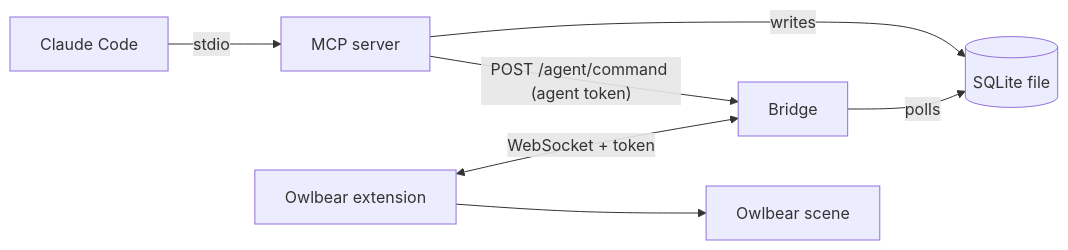
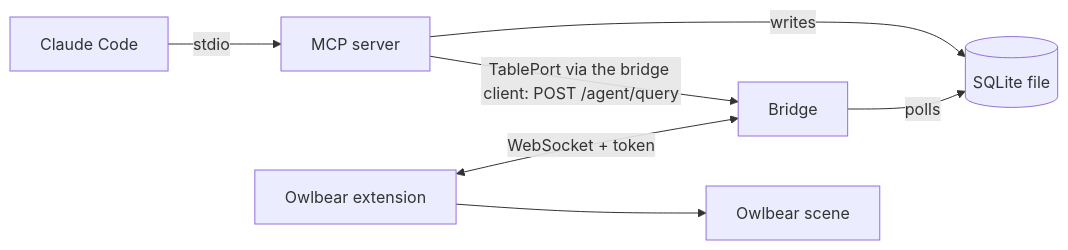
Before and after one commit to askrzypczak/ttrpg-agents: the second of 2 diagrams in docs/architecture.md, drawn with Mermaid. The commit also changed other lines of this file and 24 other files, not shown here.

First line of the commit message:
refactor: make the table channel strictly read-only (queries), hexagon-first architecture page (#98)

````diff
--- a/docs/architecture.md
+++ b/docs/architecture.md
@@ -5,9 +40,9 @@
 ```mermaid
 flowchart LR
   claude["Claude Code"] -->|"stdio"| mcp["MCP server"]
   mcp -->|"writes"| db[("SQLite file")]
-  mcp -->|"POST /agent/command (agent token)"| bridge
+  mcp -->|"TablePort via the bridge client: POST /agent/query"| bridge
   bridge["Bridge"] -->|"polls"| db
   ext["Owlbear extension"] <-->|"WebSocket + token"| bridge
   ext --> scene["Owlbear scene"]
 ```
````
